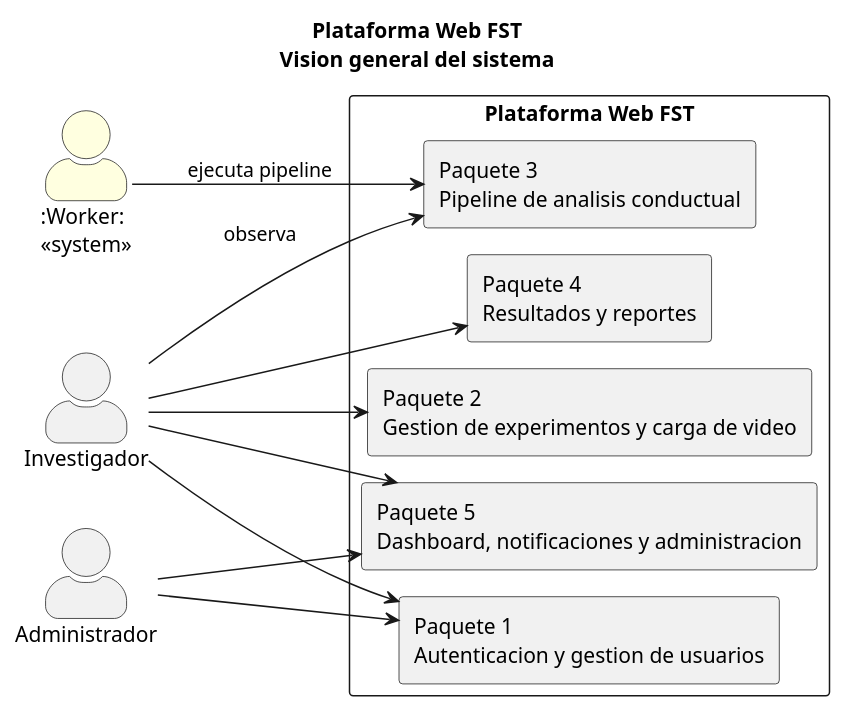
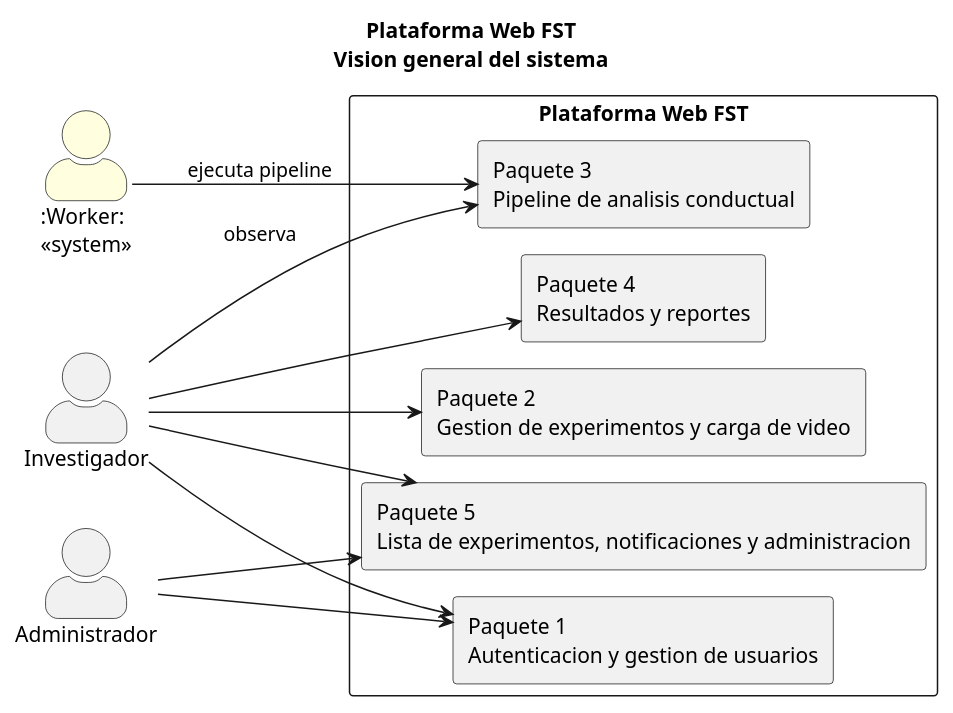
One commit to ErickJester/fst-ai-system-latex changed diagram 16 of 39 in INSTRUCCIONES-WEB.md. Above: the diagram before and after it, drawn with PlantUML. The commit also changed other lines of this file and 89 other files, not shown here.

````diff
--- a/INSTRUCCIONES-WEB.md
+++ b/INSTRUCCIONES-WEB.md
@@ -2082,31 +2079,31 @@
 ```plantuml
 @startuml cu_vision_general
 !pragma layout smetana
 title Plataforma Web FST\nVision general del sistema
 left to right direction
 skinparam packageStyle rectangle
 skinparam actorStyle awesome
 skinparam usecase {
   BackgroundColor White
   BorderColor DarkSlateGray
 }
 actor "Investigador" as INV
 actor "Administrador" as ADMIN
 actor ":Worker:\n<<system>>" as WRK #LightYellow
 rectangle "Plataforma Web FST" {
   rectangle "Paquete 1\nAutenticacion y gestion de usuarios" as P1
   rectangle "Paquete 2\nGestion de experimentos y carga de video" as P2
   rectangle "Paquete 3\nPipeline de analisis conductual" as P3
   rectangle "Paquete 4\nResultados y reportes" as P4
-  rectangle "Paquete 5\nDashboard, notificaciones y administracion" as P5
+  rectangle "Paquete 5\nLista de experimentos, notificaciones y administracion" as P5
 }
 INV --> P1
 INV --> P2
 INV --> P3 : observa
 INV --> P4
 INV --> P5
 ADMIN --> P1
 ADMIN --> P5
 WRK --> P3 : ejecuta pipeline
 @enduml
 ```
````
